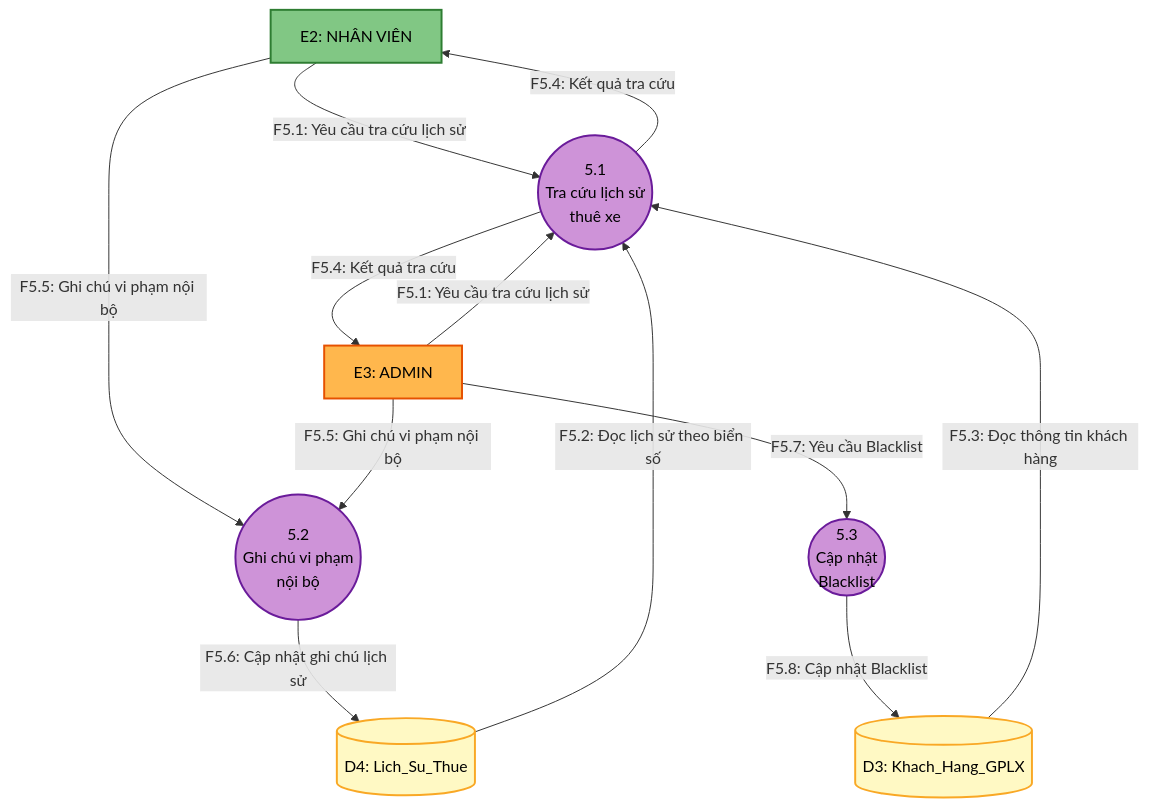
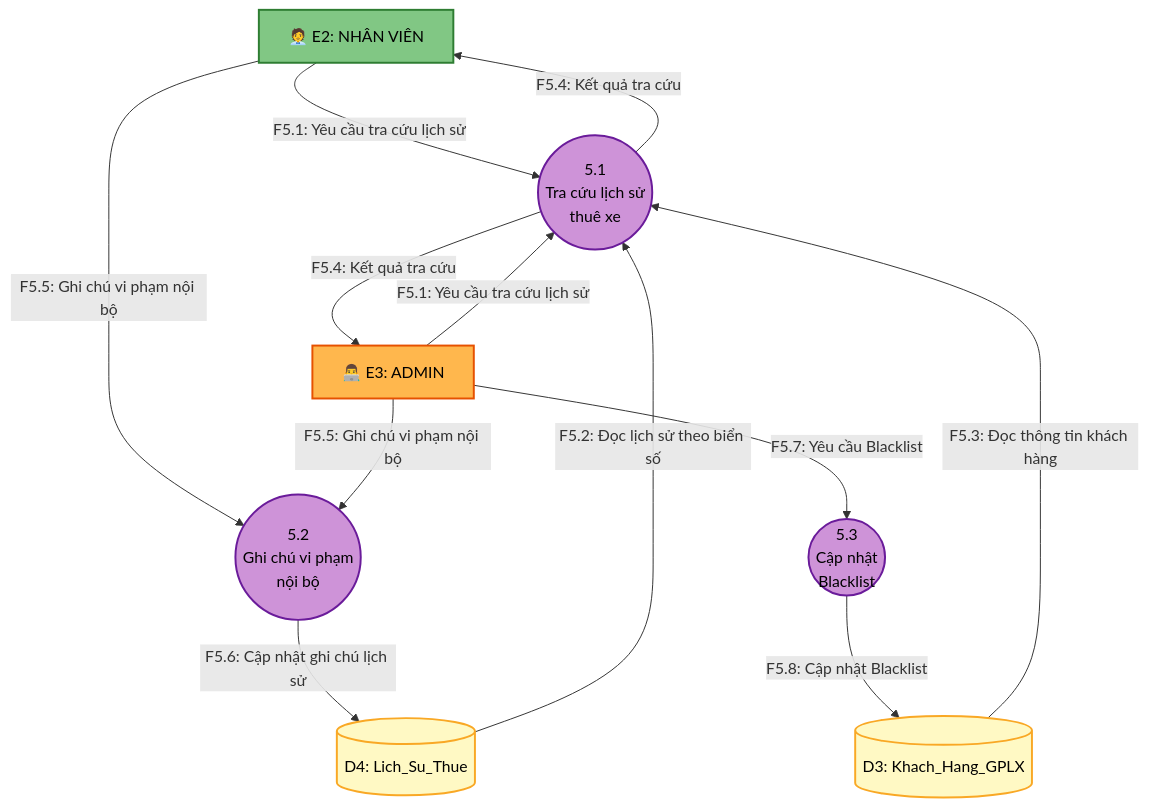
One commit to Vqd2k6/SAD-UTH changed diagram 19 of 36 in BaoCao_DeTaiNhom_PTTKHT.md. Above: the diagram before and after it, drawn with Mermaid. The commit also changed other lines of this file and 8 other files, not shown here.

````diff
--- a/BaoCao_DeTaiNhom_PTTKHT.md
+++ b/BaoCao_DeTaiNhom_PTTKHT.md
@@ -814,39 +1563,39 @@
 ```mermaid
 graph TB
     %% === ACTORS ===
-    E2[" E2: NHÂN VIÊN"]
-    E3[" E3: ADMIN"]
+    E2["🧑‍💼 E2: NHÂN VIÊN"]
+    E3["👨‍💻 E3: ADMIN"]
 
     %% === DATA STORES ===
     D3[("D3: Khach_Hang_GPLX")]
     D4[("D4: Lich_Su_Thue")]
 
     %% === SUB-PROCESSES ===
-    P51(("5.1\nTra cứu lịch sử\nthuê xe"))
-    P52(("5.2\nGhi chú vi phạm\nnội bộ"))
-    P53(("5.3\nCập nhật\nBlacklist"))
+    P51(("5.1<br/>Tra cứu lịch sử<br/>thuê xe"))
+    P52(("5.2<br/>Ghi chú vi phạm<br/>nội bộ"))
+    P53(("5.3<br/>Cập nhật<br/>Blacklist"))
 
     %% === FLOWS ===
     E2 -->|"F5.1: Yêu cầu tra cứu lịch sử"| P51
     E3 -->|"F5.1: Yêu cầu tra cứu lịch sử"| P51
     D4 -->|"F5.2: Đọc lịch sử theo biển số"| P51
     D3 -->|"F5.3: Đọc thông tin khách hàng"| P51
     P51 -->|"F5.4: Kết quả tra cứu"| E2
     P51 -->|"F5.4: Kết quả tra cứu"| E3
 
     E2 -->|"F5.5: Ghi chú vi phạm nội bộ"| P52
     E3 -->|"F5.5: Ghi chú vi phạm nội bộ"| P52
     P52 -->|"F5.6: Cập nhật ghi chú lịch sử"| D4
 
     E3 -->|"F5.7: Yêu cầu Blacklist"| P53
     P53 -->|"F5.8: Cập nhật Blacklist"| D3
 
     %% === STYLES ===
     style E2 fill:#81C784,stroke:#2E7D32,color:#000,stroke-width:2px
     style E3 fill:#FFB74D,stroke:#E65100,color:#000,stroke-width:2px
     style P51 fill:#CE93D8,stroke:#6A1B9A,color:#000,stroke-width:2px
     style P52 fill:#CE93D8,stroke:#6A1B9A,color:#000,stroke-width:2px
     style P53 fill:#CE93D8,stroke:#6A1B9A,color:#000,stroke-width:2px
     style D3 fill:#FFF9C4,stroke:#F9A825,color:#000,stroke-width:2px
     style D4 fill:#FFF9C4,stroke:#F9A825,color:#000,stroke-width:2px
 ```
````
